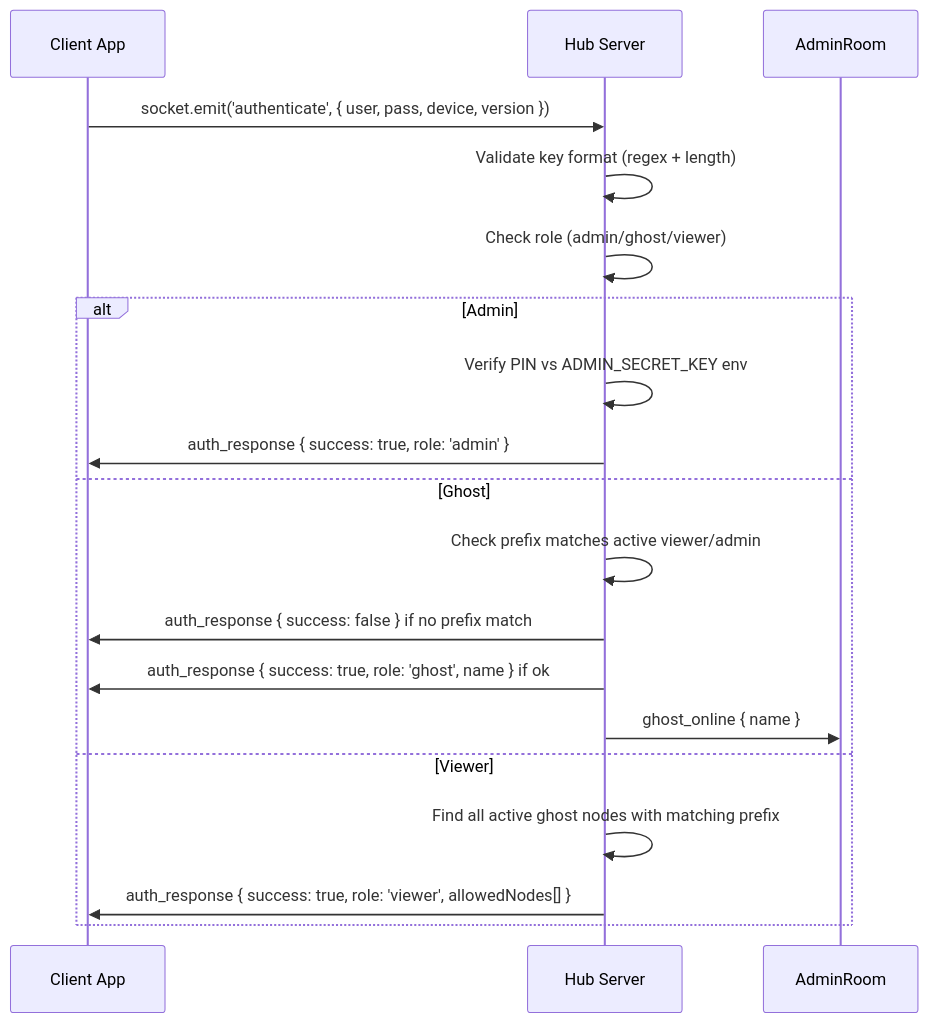
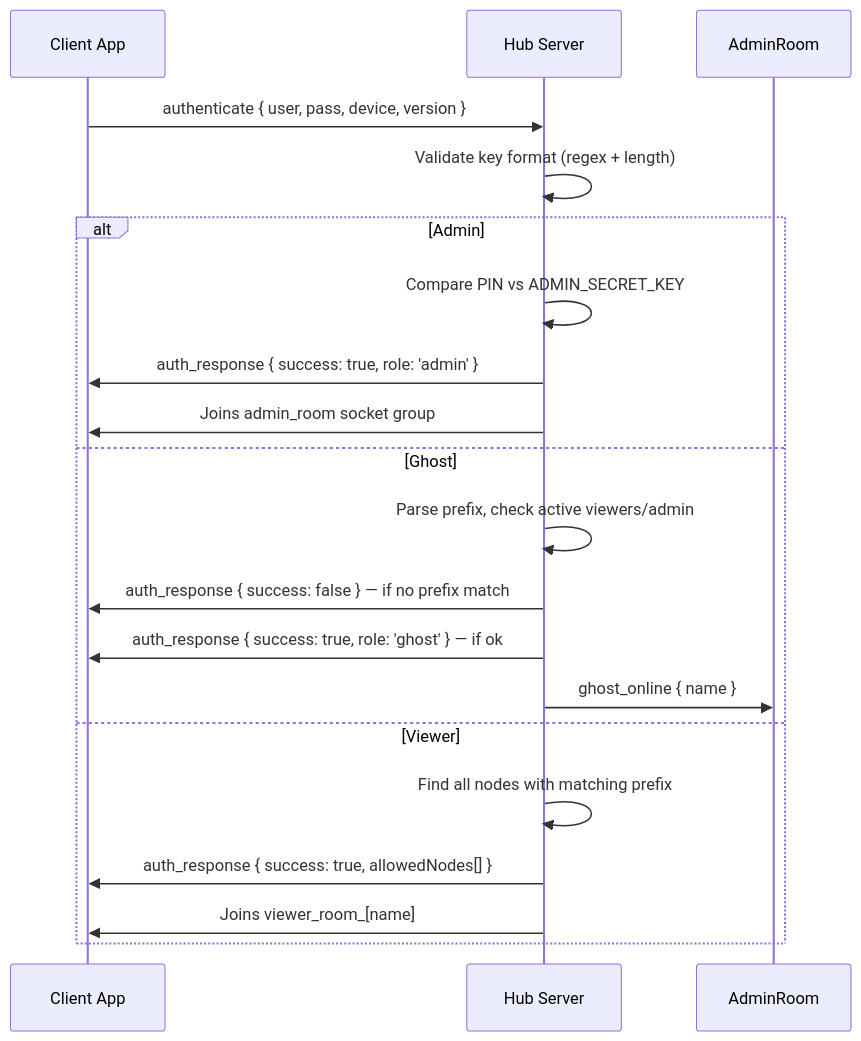
Before and after one commit to guru9/joyjet-hub: the diagram in FEATURES.md, drawn with Mermaid. The commit also changed other lines of this file and 1 other file, not shown here.

````diff
--- a/FEATURES.md
+++ b/FEATURES.md
@@ -137,22 +132,23 @@
 ```mermaid
 sequenceDiagram
     participant C as Client App
     participant S as Hub Server
 
-    C->>S: socket.emit('authenticate', { user, pass, device, version })
+    C->>S: authenticate { user, pass, device, version }
     S->>S: Validate key format (regex + length)
-    S->>S: Check role (admin/ghost/viewer)
-    
+
     alt Admin
-        S->>S: Verify PIN vs ADMIN_SECRET_KEY env
+        S->>S: Compare PIN vs ADMIN_SECRET_KEY
         S->>C: auth_response { success: true, role: 'admin' }
+        S->>C: Joins admin_room socket group
     else Ghost
-        S->>S: Check prefix matches active viewer/admin
-        S->>C: auth_response { success: false } if no prefix match
-        S->>C: auth_response { success: true, role: 'ghost', name } if ok
+        S->>S: Parse prefix, check active viewers/admin
+        S->>C: auth_response { success: false } — if no prefix match
+        S->>C: auth_response { success: true, role: 'ghost' } — if ok
         S->>AdminRoom: ghost_online { name }
     else Viewer
-        S->>S: Find all active ghost nodes with matching prefix
-        S->>C: auth_response { success: true, role: 'viewer', allowedNodes[] }
+        S->>S: Find all nodes with matching prefix
+        S->>C: auth_response { success: true, allowedNodes[] }
+        S->>C: Joins viewer_room_[name]
     end
 ```
````
